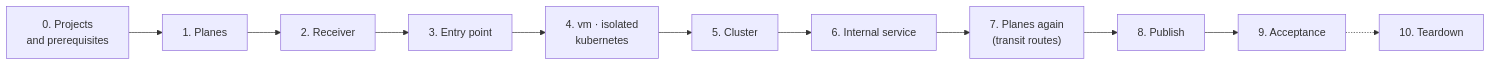
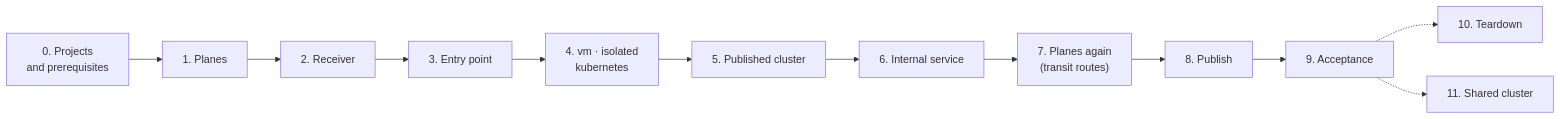
Before and after one commit to CyprisTech/openstack-multitenant-reference: the diagram in docs/reference/test-procedure.md, drawn with Mermaid. The commit also changed other lines of this file and 45 other files, not shown here.

First line of the commit message:
Docs: the shared cluster and the published cluster; documentation aligned with the code

````diff
--- a/docs/reference/test-procedure.md
+++ b/docs/reference/test-procedure.md
@@ -11,13 +11,14 @@
 ```mermaid
 flowchart LR
     P["0. Projects<br/>and prerequisites"] --> H["1. Planes"]
     H --> C["2. Receiver"]
     C --> E["3. Entry point"]
     E --> T["4. vm · isolated<br/>kubernetes"]
-    T --> K["5. Cluster"]
+    T --> K["5. Published cluster"]
     K --> I["6. Internal service"]
     I --> R["7. Planes again<br/>(transit routes)"]
     R --> PB["8. Publish"]
     PB --> A["9. Acceptance"]
     A -.-> D["10. Teardown"]
+    A -.-> SC["11. Shared cluster"]
 ```
````
